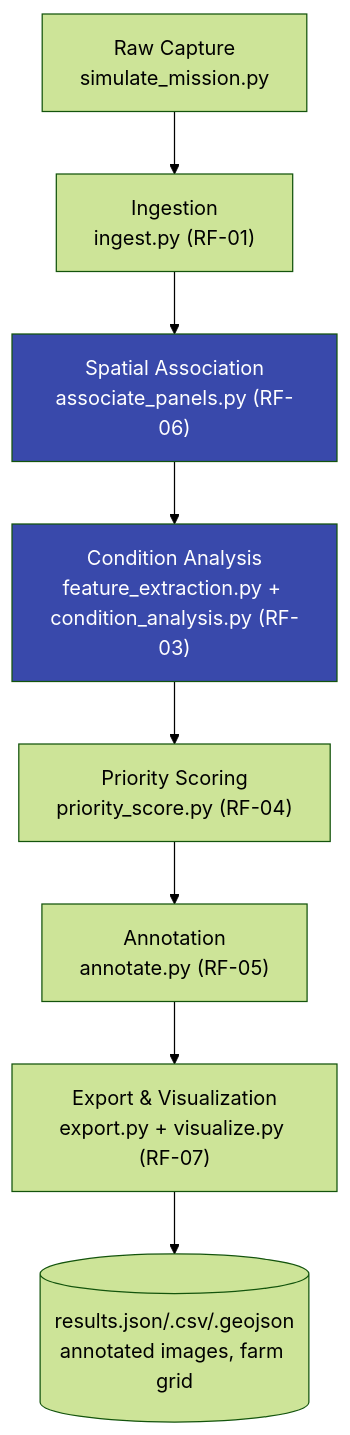
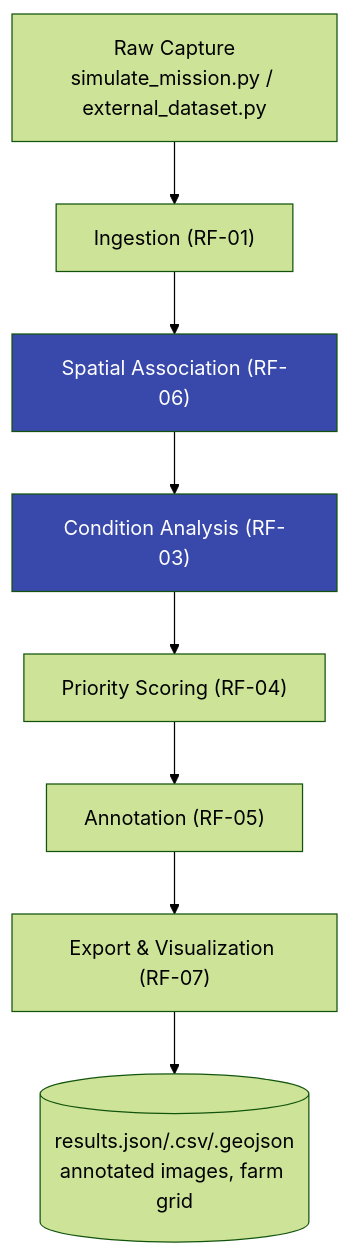
Before and after one commit to mohammedryn/Sunnybotics---solar-panel-condition-mapping: the diagram in README.md, drawn with Mermaid (forest theme). The commit also changed other lines of this file and 1400 other files, not shown here.

First line of the commit message:
Add --synthetic/--external pipeline modes with real-dataset validation

````diff
--- a/README.md
+++ b/README.md
@@ -40,13 +45,13 @@
 ```mermaid
 flowchart TD
-    A["Raw Capture\nsimulate_mission.py"] --> B["Ingestion\ningest.py (RF-01)"]
-    B --> C["Spatial Association\nassociate_panels.py (RF-06)"]
-    C --> D["Condition Analysis\nfeature_extraction.py + condition_analysis.py (RF-03)"]
-    D --> E["Priority Scoring\npriority_score.py (RF-04)"]
-    E --> F["Annotation\nannotate.py (RF-05)"]
-    F --> G["Export & Visualization\nexport.py + visualize.py (RF-07)"]
+    A["Raw Capture\nsimulate_mission.py / external_dataset.py"] --> B["Ingestion (RF-01)"]
+    B --> C["Spatial Association (RF-06)"]
+    C --> D["Condition Analysis (RF-03)"]
+    D --> E["Priority Scoring (RF-04)"]
+    E --> F["Annotation (RF-05)"]
+    F --> G["Export & Visualization (RF-07)"]
     G --> H[("results.json/.csv/.geojson\nannotated images, farm grid")]
 
     style C fill:#3949ab,color:#fff
     style D fill:#3949ab,color:#fff
 ```
````
